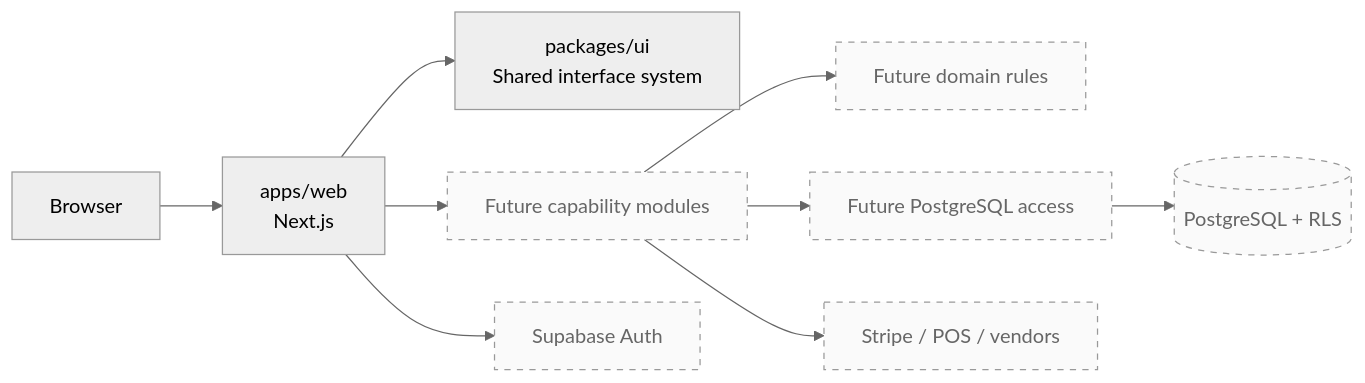
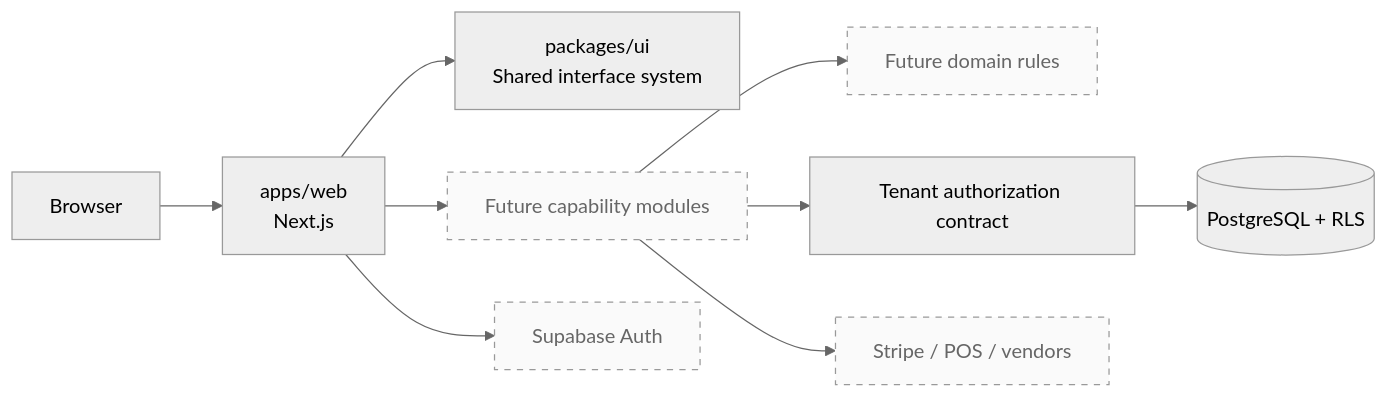
One commit to imprimisxo/MultiTenantFoodCost changed the first of 2 diagrams in docs/architecture.md. Above: the diagram before and after it, drawn with Mermaid (neutral theme). The commit also changed other lines of this file and 16 other files, not shown here.

````diff
--- a/docs/architecture.md
+++ b/docs/architecture.md
@@ -13,14 +13,14 @@
 ```mermaid
 flowchart LR
   Browser[Browser] --> Web[apps/web<br/>Next.js]
   Web --> UI[packages/ui<br/>Shared interface system]
   Web --> Modules[Future capability modules]
   Modules --> Domain[Future domain rules]
-  Modules --> Data[Future PostgreSQL access]
+  Modules --> Data[Tenant authorization contract]
   Data --> Postgres[(PostgreSQL + RLS)]
   Web --> Auth[Supabase Auth]
   Modules --> External[Stripe / POS / vendors]
 
   classDef future stroke-dasharray: 5 5,fill:#fafafa,color:#666;
-  class Modules,Domain,Data,Postgres,Auth,External future;
+  class Modules,Domain,Auth,External future;
 ```
````
